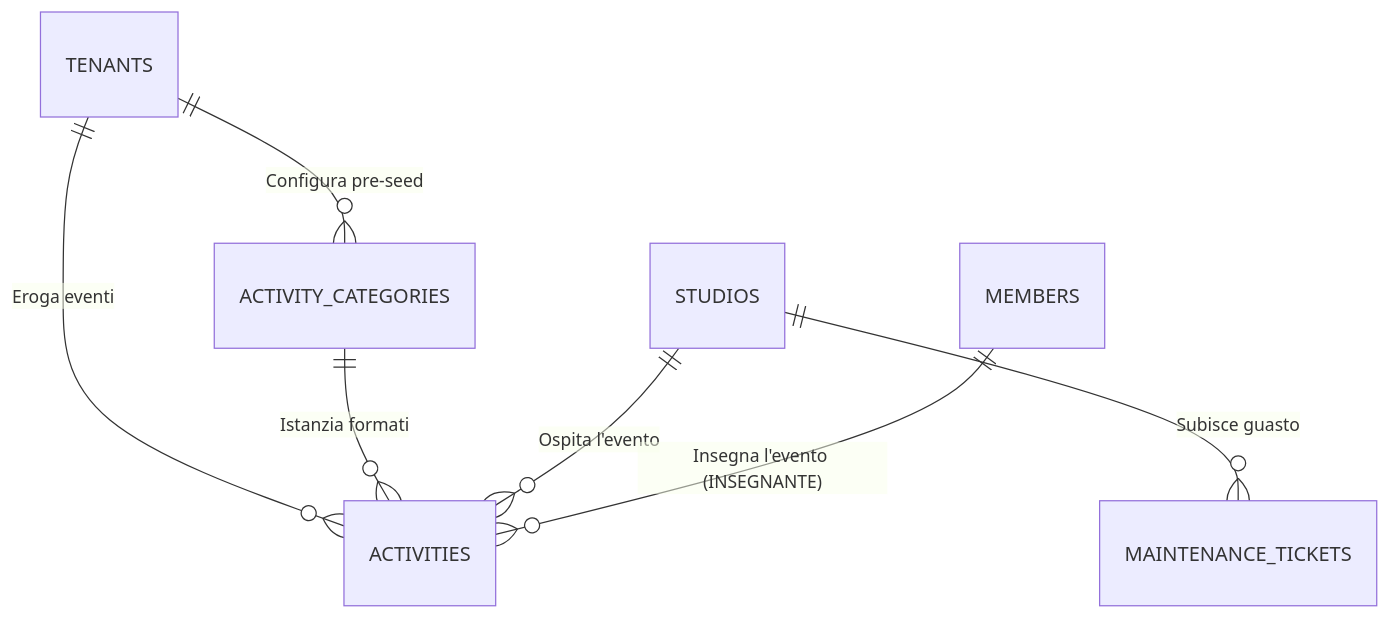
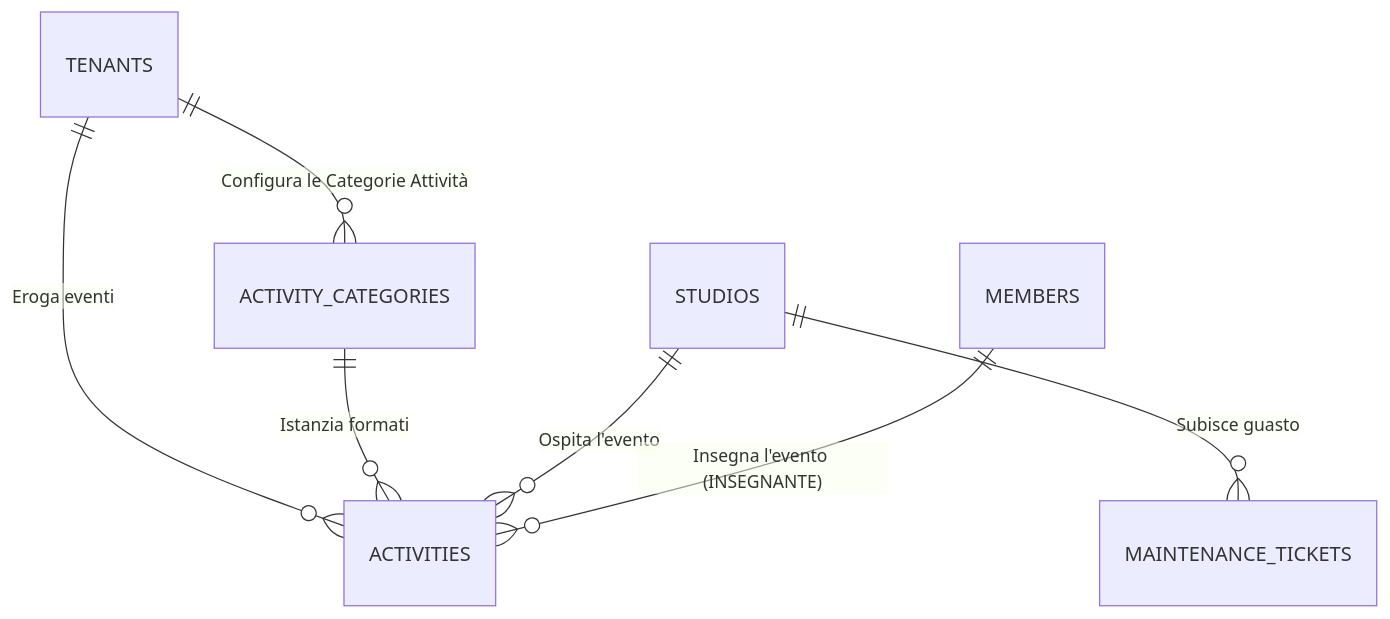
The second of 3 diagrams in _GAE_SVILUPPO/futuro/2_database_map_future.md (ago-debug/stargem-gae), drawn with Mermaid before and after one commit. The commit also changed other lines of this file and 1 other file, not shown here.

Commit message:
docs: clarify Categorie nomenclature as Categorie Attività across all database maps

````diff
--- a/_GAE_SVILUPPO/futuro/2_database_map_future.md
+++ b/_GAE_SVILUPPO/futuro/2_database_map_future.md
@@ -89,10 +89,10 @@
 ```mermaid
 erDiagram
-    TENANTS ||--o{ ACTIVITY_CATEGORIES : "Configura pre-seed"
+    TENANTS ||--o{ ACTIVITY_CATEGORIES : "Configura le Categorie Attività"
     TENANTS ||--o{ ACTIVITIES : "Eroga eventi"
     ACTIVITY_CATEGORIES ||--o{ ACTIVITIES : "Istanzia formati"
     
     STUDIOS ||--o{ ACTIVITIES : "Ospita l'evento"
     STUDIOS ||--o{ MAINTENANCE_TICKETS : "Subisce guasto"
     MEMBERS ||--o{ ACTIVITIES : "Insegna l'evento (INSEGNANTE)"
 ```
````
